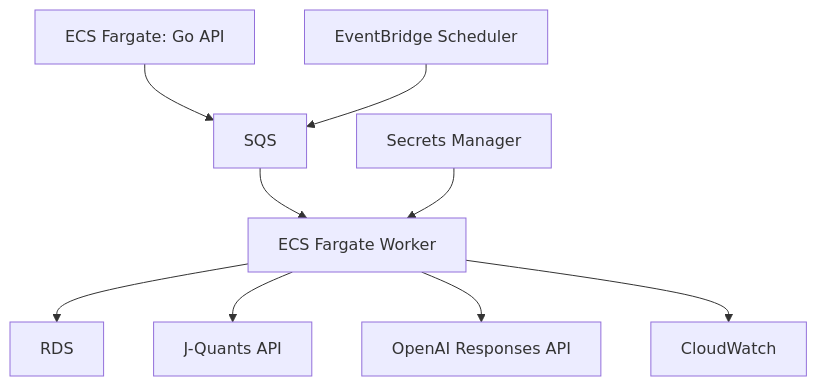
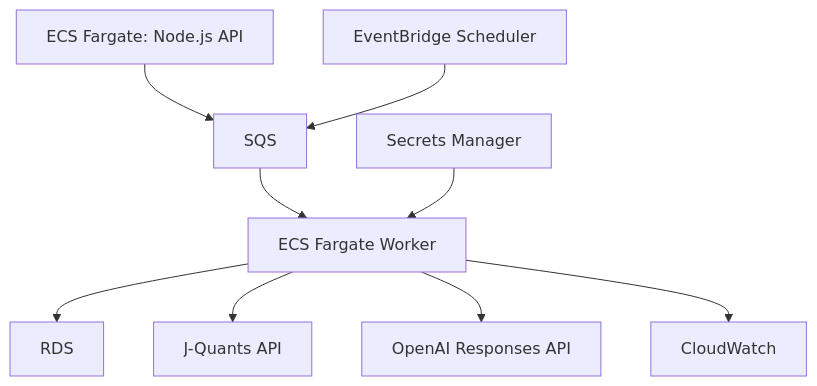
One commit to KodaiShiraishi/alphalens-jp changed the second of 2 diagrams in docs/06_infra_design.md. Above: the diagram before and after it, drawn with Mermaid. The commit also changed other lines of this file and 9 other files, not shown here.

Commit message:
docs: align MVP architecture with TypeScript stack

````diff
--- a/docs/06_infra_design.md
+++ b/docs/06_infra_design.md
@@ -45,11 +45,11 @@
 ```mermaid
 flowchart TB
-  ECS["ECS Fargate: Go API"] --> SQS["SQS"]
+  ECS["ECS Fargate: Node.js API"] --> SQS["SQS"]
   SQS --> Worker["ECS Fargate Worker"]
   Worker --> RDS
   Worker --> JQ["J-Quants API"]
   Worker --> OpenAI["OpenAI Responses API"]
   EventBridge["EventBridge Scheduler"] --> SQS
   Worker --> CW["CloudWatch"]
   Secrets["Secrets Manager"] --> Worker
 ```
````
